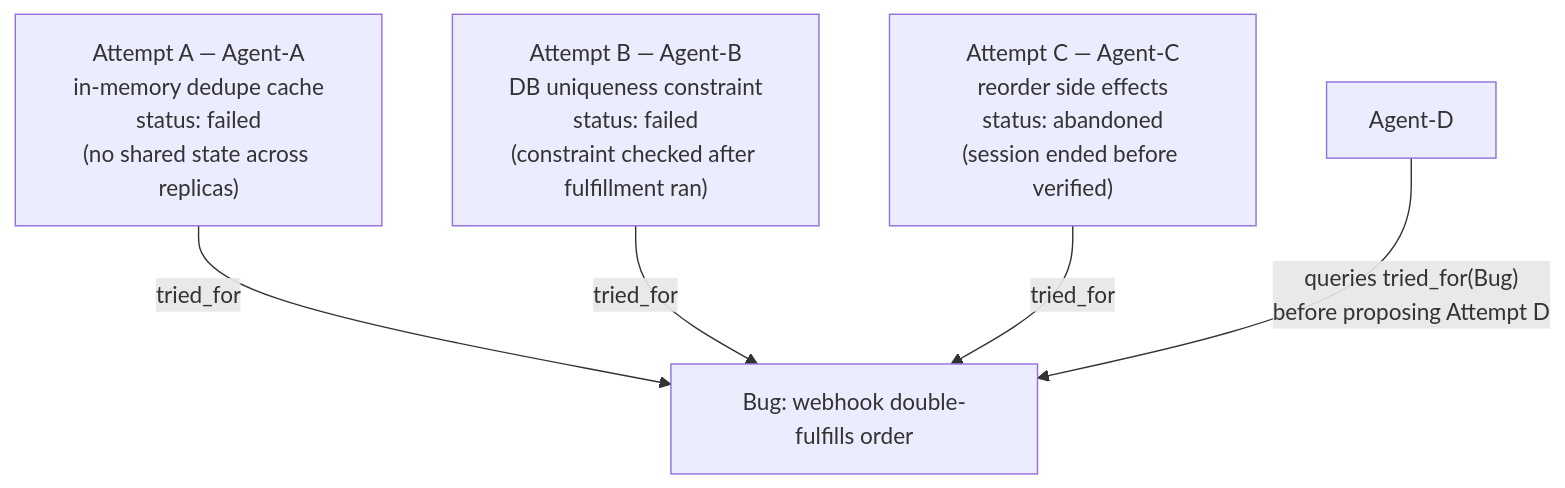
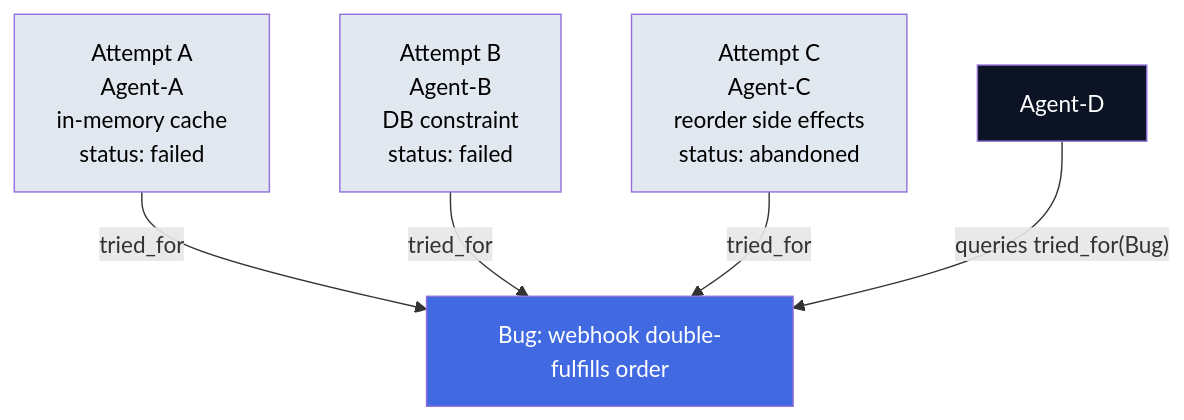
Before and after one commit to ayeshakhalid192007-dev/graph-engineering-crash-course: the diagram in docs/04-part-2-the-dag-of-work/step-5-letting-failed-branches-stay-queryable.md, drawn with Mermaid. The commit also changed 17 other files, not shown here.

First line of the commit message:
Add Mermaid diagrams to core documentation files

````diff
--- a/docs/04-part-2-the-dag-of-work/step-5-letting-failed-branches-stay-queryable.md
+++ b/docs/04-part-2-the-dag-of-work/step-5-letting-failed-branches-stay-queryable.md
@@ -38,11 +38,19 @@
 ```mermaid
 flowchart TB
     Bug["Bug: webhook double-fulfills order"]
-    A["Attempt A — Agent-A<br/>in-memory dedupe cache<br/>status: failed<br/>(no shared state across replicas)"]
-    B["Attempt B — Agent-B<br/>DB uniqueness constraint<br/>status: failed<br/>(constraint checked after fulfillment ran)"]
-    C["Attempt C — Agent-C<br/>reorder side effects<br/>status: abandoned<br/>(session ended before verified)"]
+    A["Attempt A<br/>Agent-A<br/>in-memory cache<br/>status: failed"]
+    B["Attempt B<br/>Agent-B<br/>DB constraint<br/>status: failed"]
+    C["Attempt C<br/>Agent-C<br/>reorder side effects<br/>status: abandoned"]
+    
     A -- "tried_for" --> Bug
     B -- "tried_for" --> Bug
     C -- "tried_for" --> Bug
-    D["Agent-D"] -- "queries tried_for(Bug)<br/>before proposing Attempt D" --> Bug
+    
+    D["Agent-D"] -- "queries tried_for(Bug)" --> Bug
+
+    style Bug fill:#4169E1,color:#FFFFFF
+    style A fill:#E2E8F0,color:#000000
+    style B fill:#E2E8F0,color:#000000
+    style C fill:#E2E8F0,color:#000000
+    style D fill:#0B1325,color:#FFFFFF
 ```
````
